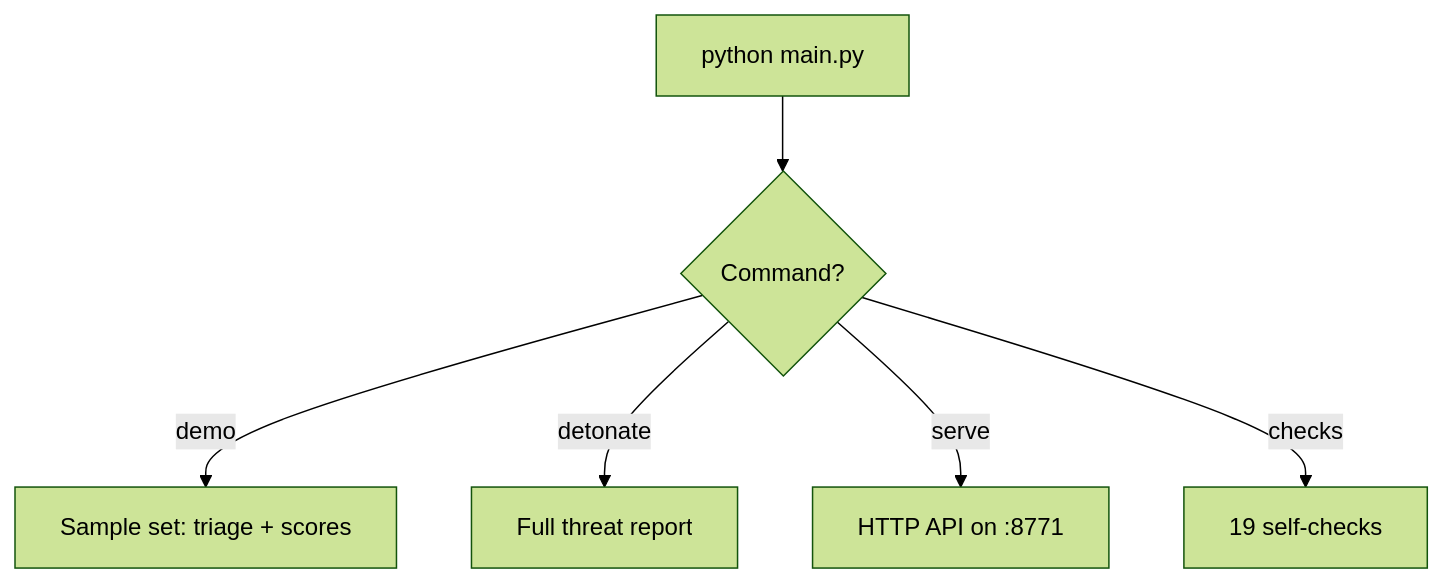
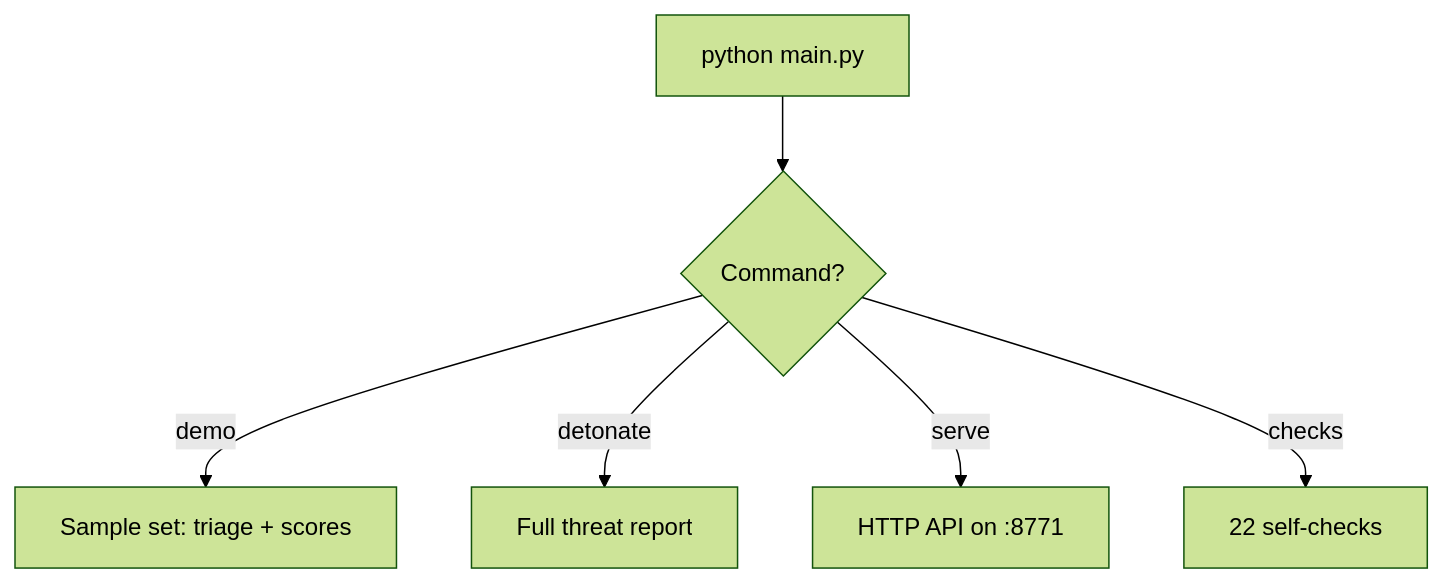
The first of 12 diagrams in README.md (kimanicollier44-cmyk/Sandbox-API), drawn with Mermaid (forest theme) before and after one commit. The commit also changed other lines of this file and 7 other files, not shown here.

````diff
--- a/README.md
+++ b/README.md
@@ -150,8 +152,8 @@
 ```mermaid
 flowchart TD
     A["python main.py"] --> B{"Command?"}
     B -->|demo| C["Sample set: triage + scores"]
     B -->|detonate| D["Full threat report"]
     B -->|serve| E["HTTP API on :8771"]
-    B -->|checks| F["19 self-checks"]
+    B -->|checks| F["22 self-checks"]
 ```
````
